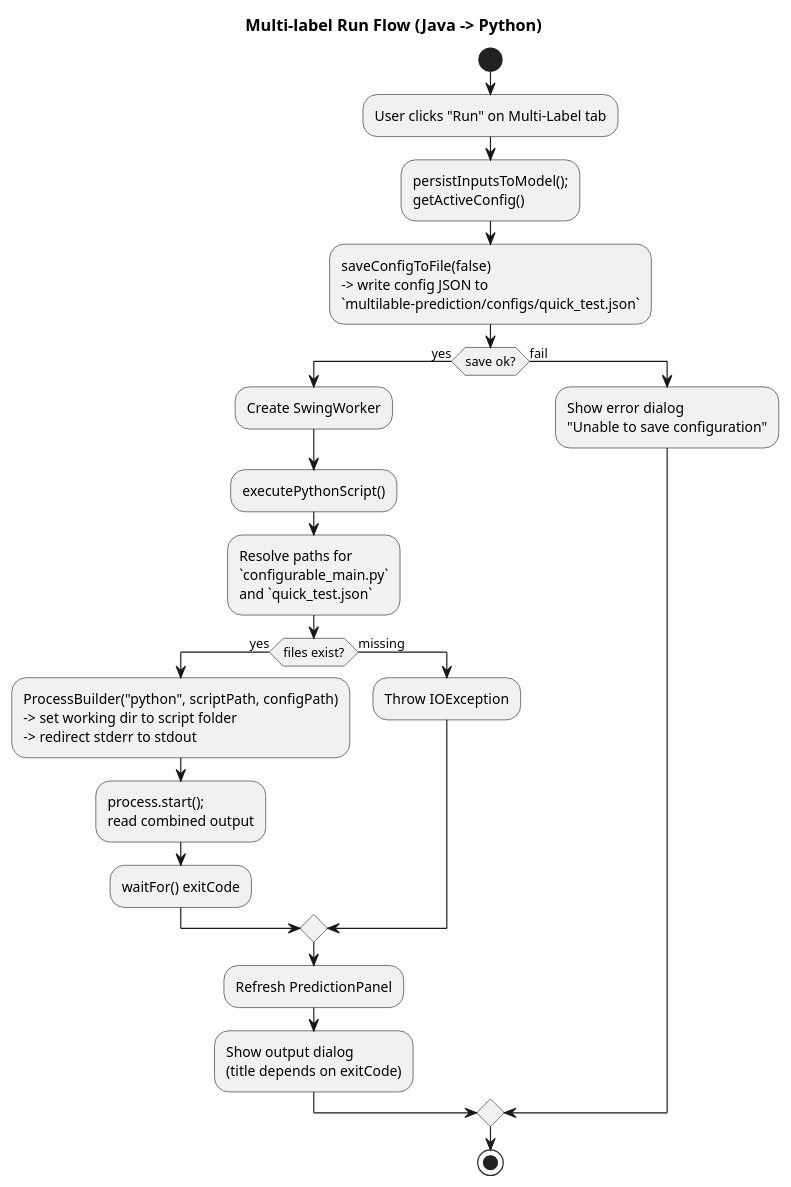
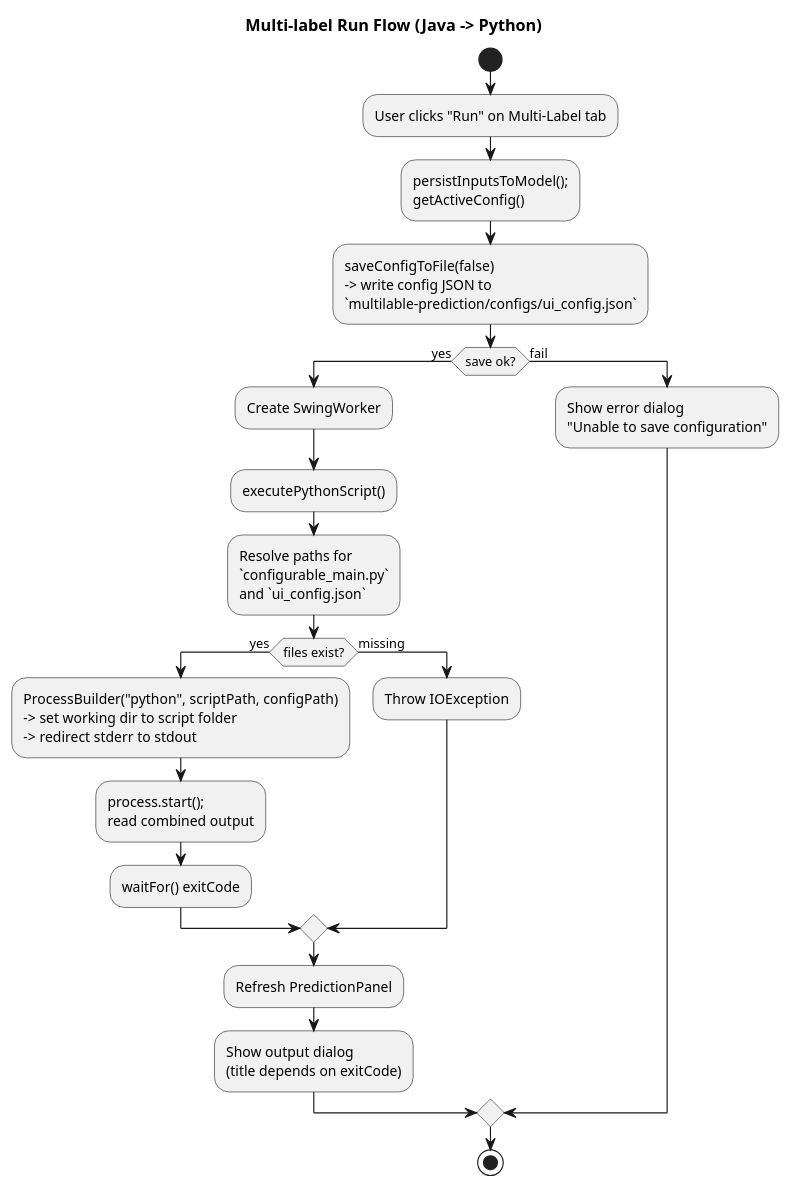
One commit to jalajpachouly/SDPTool changed the diagram in docs/multilabel-python-call.puml. Above: the diagram before and after it, drawn with PlantUML. The commit also changed 10 other files, not shown here.

```diff
--- a/docs/multilabel-python-call.puml
+++ b/docs/multilabel-python-call.puml
@@ -1,26 +1,26 @@
 @startuml
 title Multi-label Run Flow (Java -> Python)
 
 start
 :User clicks "Run" on Multi-Label tab;
 :persistInputsToModel();\ngetActiveConfig();
-:saveConfigToFile(false)\n-> write config JSON to\n`multilable-prediction/configs/quick_test.json`;
+:saveConfigToFile(false)\n-> write config JSON to\n`multilable-prediction/configs/ui_config.json`;
 if (save ok?) then (yes)
   :Create SwingWorker;
   :executePythonScript();
-  :Resolve paths for\n`configurable_main.py`\nand `quick_test.json`;
+  :Resolve paths for\n`configurable_main.py`\nand `ui_config.json`;
   if (files exist?) then (yes)
     :ProcessBuilder("python", scriptPath, configPath)\n-> set working dir to script folder\n-> redirect stderr to stdout;
     :process.start();\nread combined output;
     :waitFor() exitCode;
   else (missing)
     :Throw IOException;
   endif
   :Refresh PredictionPanel;
   :Show output dialog\n(title depends on exitCode);
 else (fail)
   :Show error dialog\n"Unable to save configuration";
 endif
 stop
 
 @enduml
```
